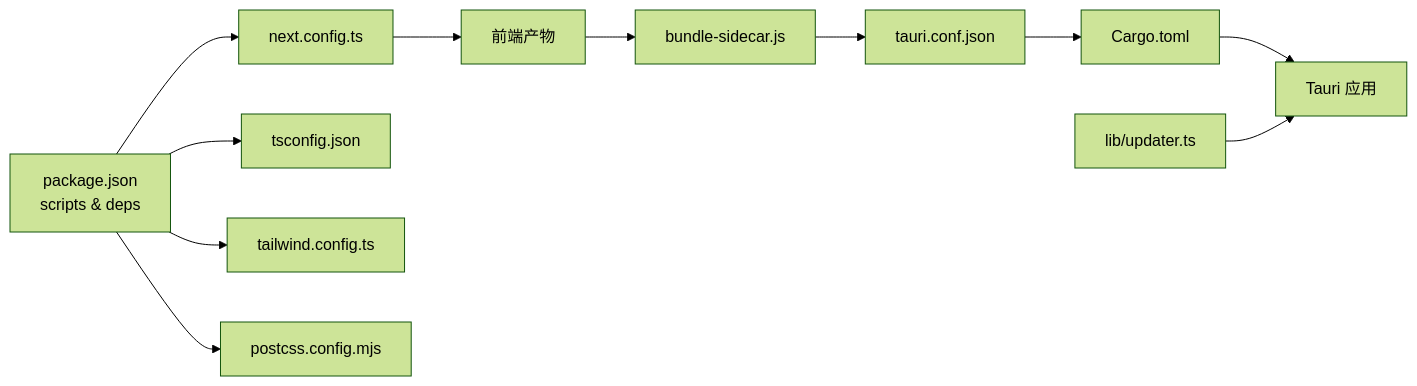
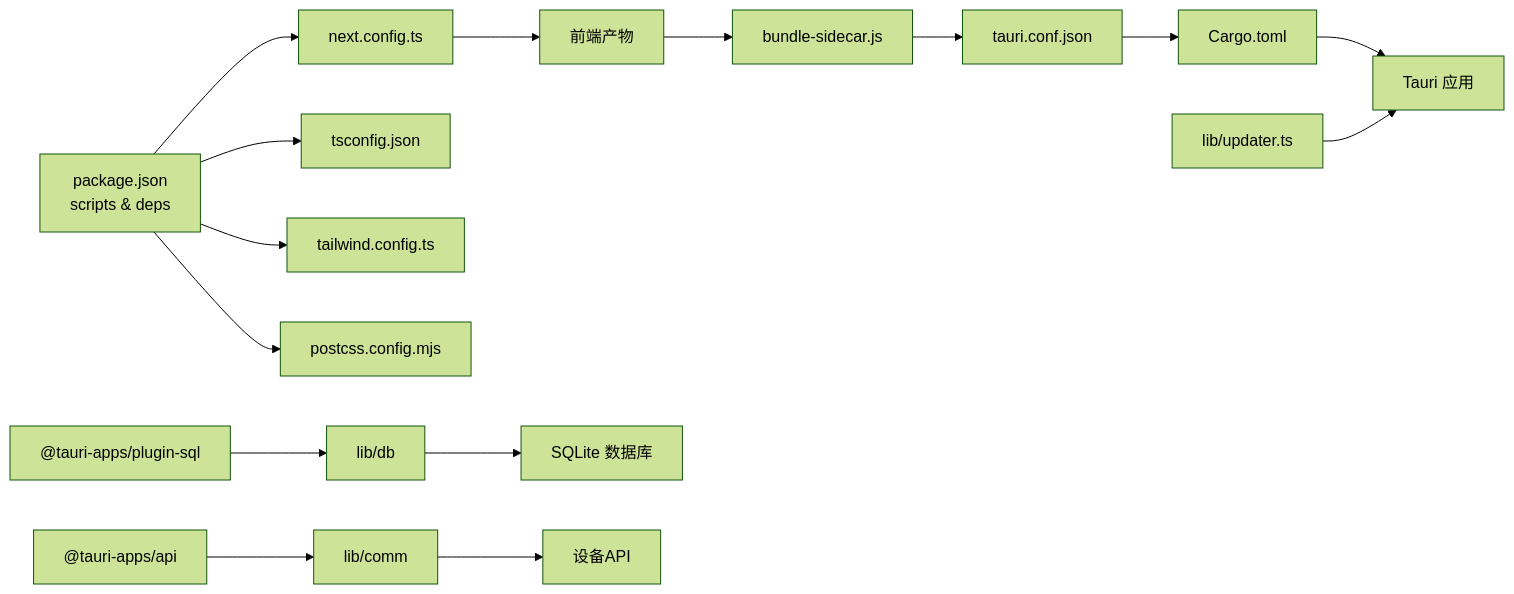
Before and after one commit to ggtiger/SSTS: the third of 3 diagrams in .qoder/repowiki/zh/content/开发指南.md, drawn with Mermaid (forest theme). The commit also changed other lines of this file and 12 other files, not shown here.

````diff
--- a/.qoder/repowiki/zh/content/开发指南.md
+++ b/.qoder/repowiki/zh/content/开发指南.md
@@ -200,13 +361,17 @@
 ```mermaid
 graph LR
 Pkg["package.json<br/>scripts & deps"] --> NextCfg["next.config.ts"]
 Pkg --> TS["tsconfig.json"]
 Pkg --> Tailwind["tailwind.config.ts"]
 Pkg --> PostCSS["postcss.config.mjs"]
 NextCfg --> Front["前端产物"]
 Front --> Bundler["bundle-sidecar.js"]
 Bundler --> TauriConf["tauri.conf.json"]
 TauriConf --> TauriCargo["Cargo.toml"]
 TauriCargo --> TauriApp["Tauri 应用"]
 Updater["lib/updater.ts"] --> TauriApp
+DBDep["@tauri-apps/plugin-sql"] --> DBLayer["lib/db"]
+CommDep["@tauri-apps/api"] --> CommLayer["lib/comm"]
+DBLayer --> SQLite["SQLite 数据库"]
+CommLayer --> DeviceAPI["设备API"]
 ```
````
